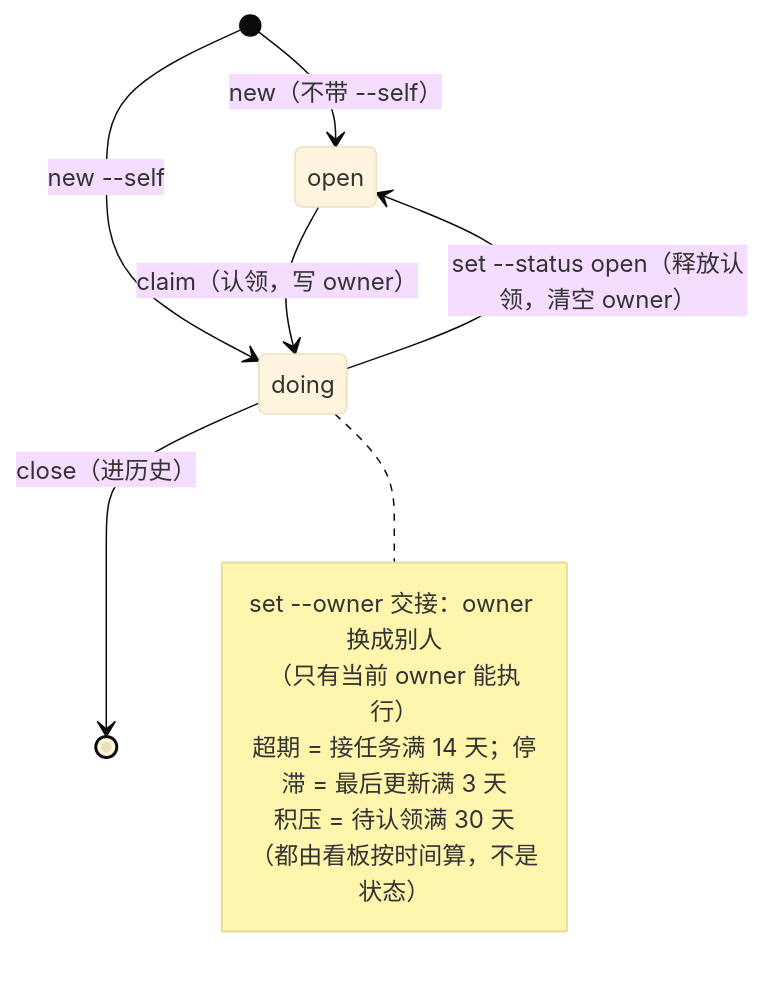
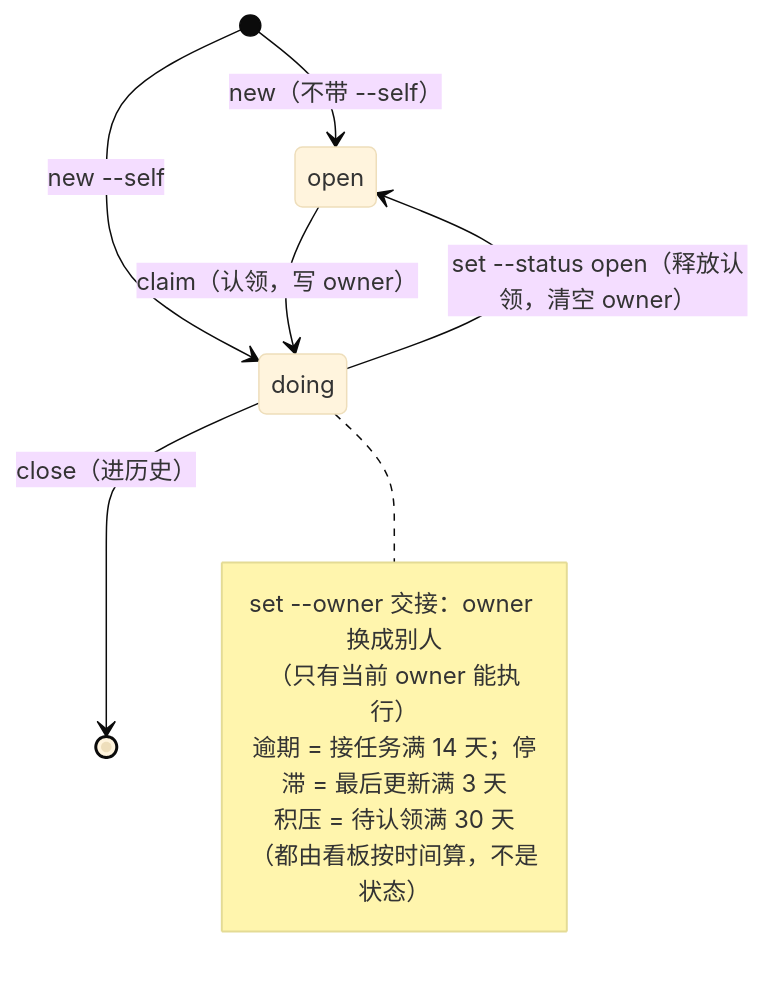
One commit to cq-guojia/dsh-task-ledger changed the second of 2 diagrams in packages/plugin/skill/README.md. Above: the diagram before and after it, drawn with Mermaid (base theme). The commit also changed 24 other files, not shown here.

````diff
--- a/packages/plugin/skill/README.md
+++ b/packages/plugin/skill/README.md
@@ -187,15 +187,15 @@
 ```mermaid
 stateDiagram-v2
     [*] --> open: new（不带 --self）
     [*] --> doing: new --self
     open --> doing: claim（认领，写 owner）
     doing --> open: set --status open（释放认领，清空 owner）
     doing --> [*]: close（进历史）
     note right of doing
         set --owner 交接：owner 换成别人
         （只有当前 owner 能执行）
-        超期 = 接任务满 14 天；停滞 = 最后更新满 3 天
+        逾期 = 接任务满 14 天；停滞 = 最后更新满 3 天
         积压 = 待认领满 30 天
         （都由看板按时间算，不是状态）
     end note
 ```
````
